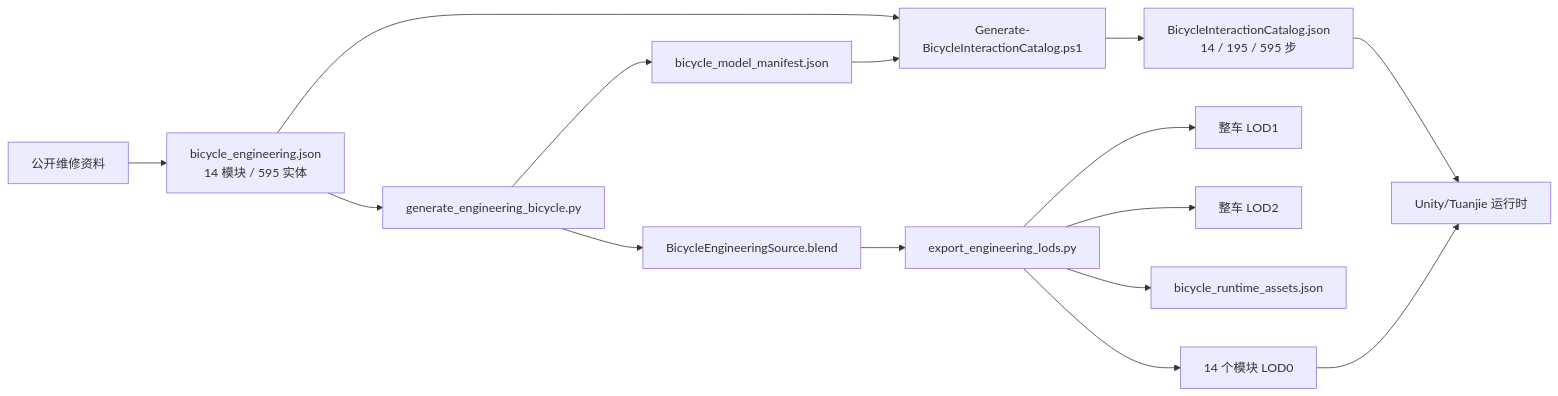
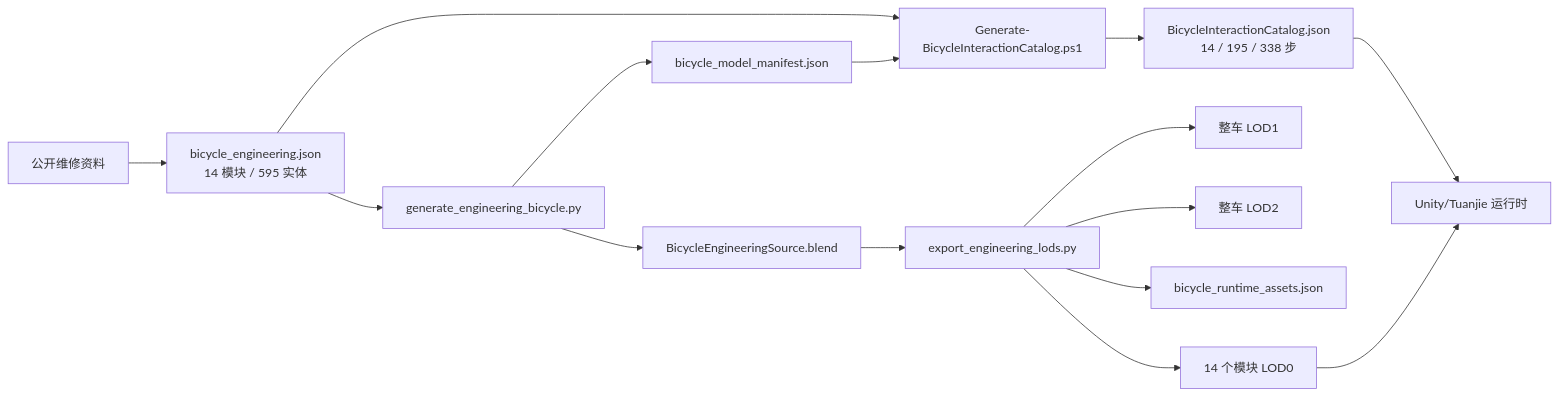
One commit to arsene56/mech-master changed the first of 3 diagrams in Docs/ARCHITECTURE.md. Above: the diagram before and after it, drawn with Mermaid. The commit also changed other lines of this file and 49 other files, not shown here.

````diff
--- a/Docs/ARCHITECTURE.md
+++ b/Docs/ARCHITECTURE.md
@@ -16,17 +16,17 @@
 ```mermaid
 flowchart LR
     Manual[公开维修资料] --> BOM[bicycle_engineering.json<br/>14 模块 / 595 实体]
     BOM --> SourceScript[generate_engineering_bicycle.py]
     SourceScript --> Blend[BicycleEngineeringSource.blend]
     SourceScript --> ModelMap[bicycle_model_manifest.json]
     Blend --> LODScript[export_engineering_lods.py]
     LODScript --> LOD0[14 个模块 LOD0]
     LODScript --> LOD1[整车 LOD1]
     LODScript --> LOD2[整车 LOD2]
     LODScript --> RuntimeMap[bicycle_runtime_assets.json]
     BOM --> CatalogScript[Generate-BicycleInteractionCatalog.ps1]
     ModelMap --> CatalogScript
-    CatalogScript --> Plans[BicycleInteractionCatalog.json<br/>14 / 195 / 595 步]
+    CatalogScript --> Plans[BicycleInteractionCatalog.json<br/>14 / 195 / 338 步]
     Plans --> Runtime[Unity/Tuanjie 运行时]
     LOD0 --> Runtime
 ```
````
